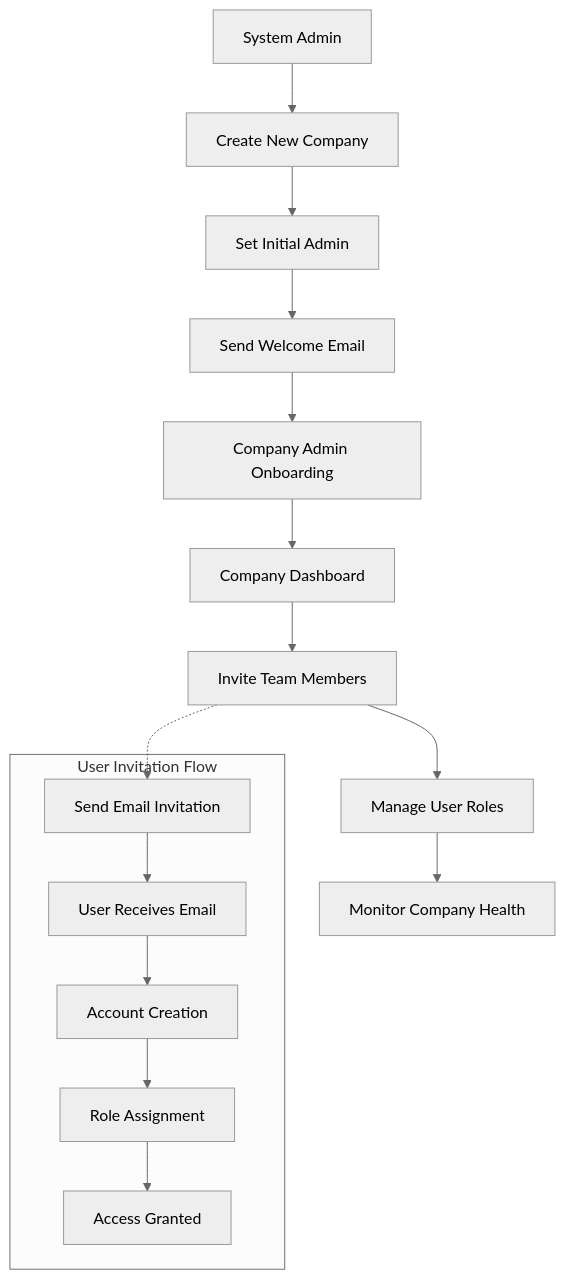
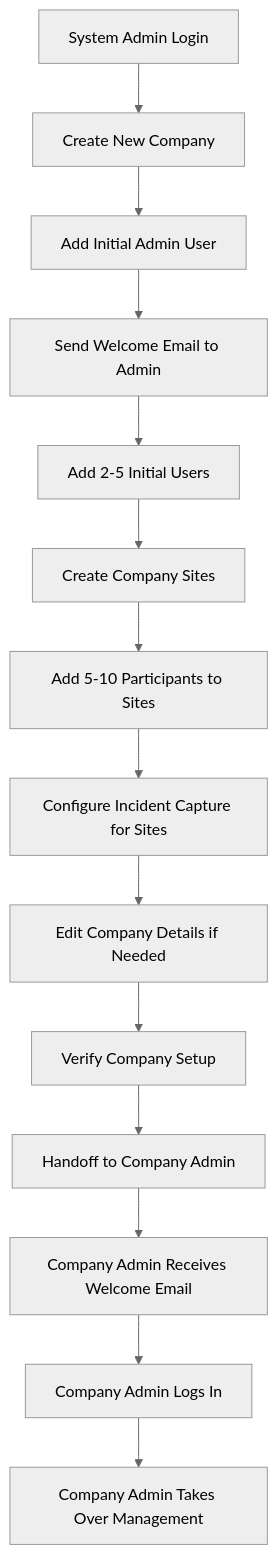
The diagram in docs/prd/epic-7.md (SupportSignal/app.supportsignal.com.au), drawn with Mermaid (neutral theme) before and after one commit. The commit also changed other lines of this file and 78 other files, not shown here.

````diff
--- a/docs/prd/epic-7.md
+++ b/docs/prd/epic-7.md
@@ -35,26 +77,17 @@
 ```mermaid
 graph TD
-    A[System Admin] --> B[Create New Company]
-    B --> C[Set Initial Admin]
-    C --> D[Send Welcome Email]
-    D --> E[Company Admin Onboarding]
+    A[System Admin Login] --> B[Create New Company]
+    B --> C[Add Initial Admin User]
+    C --> D[Send Welcome Email to Admin]
+    D --> E[Add 2-5 Initial Users]
+    E --> F[Create Company Sites]
+    F --> G[Add 5-10 Participants to Sites]
+    G --> H[Configure Incident Capture for Sites]
+    H --> I[Edit Company Details if Needed]
+    I --> J[Verify Company Setup]
+    J --> K[Handoff to Company Admin]
 
-    E --> F[Company Dashboard]
-    F --> G[Invite Team Members]
-    G --> H[Manage User Roles]
-    H --> I[Monitor Company Health]
-
-    subgraph "User Invitation Flow"
-        J[Send Email Invitation]
-        K[User Receives Email]
-        L[Account Creation]
-        M[Role Assignment]
-        N[Access Granted]
-    end
-
-    G -.-> J
-    J --> K
-    K --> L
-    L --> M
-    M --> N
+    K --> L[Company Admin Receives Welcome Email]
+    L --> M[Company Admin Logs In]
+    M --> N[Company Admin Takes Over Management]
 ```
````
